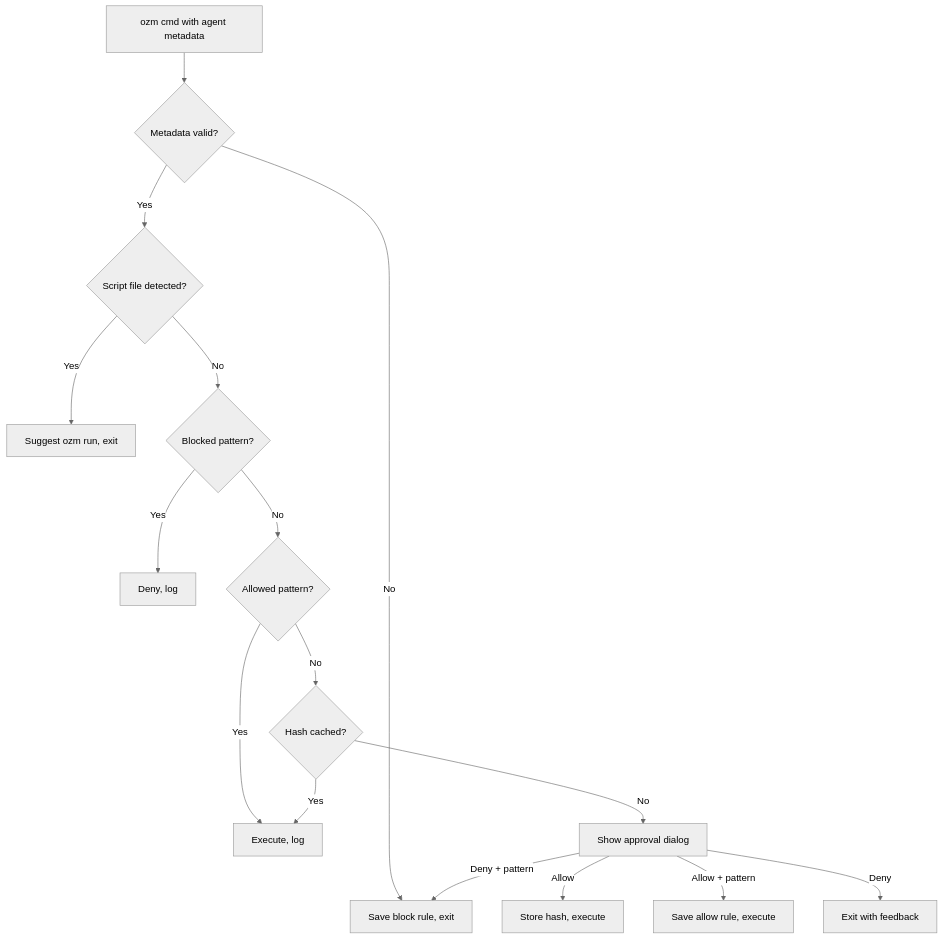
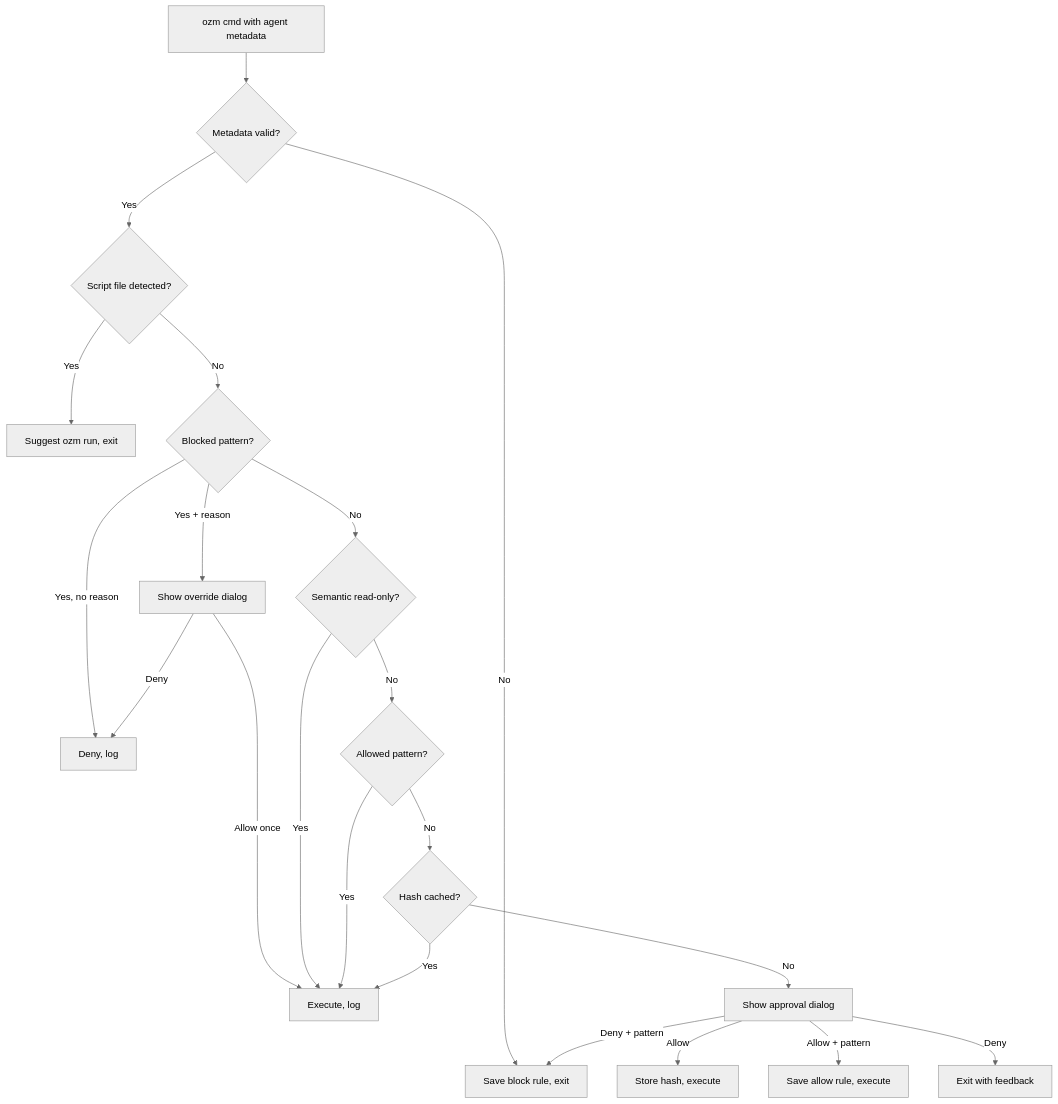
Before and after one commit to kamyar/ozm: the second of 2 diagrams in docs/commands.md, drawn with Mermaid (neutral theme). The commit also changed other lines of this file and 2 other files, not shown here.

````diff
--- a/docs/commands.md
+++ b/docs/commands.md
@@ -104,18 +108,23 @@
 ```mermaid
 flowchart TD
     A[ozm cmd with agent metadata] --> Z{Metadata valid?}
     Z -->|No| M[Reject with memory reminder]
     Z -->|Yes| B{Script file detected?}
     B -->|Yes| C[Suggest ozm run, exit]
     B -->|No| D{Blocked pattern?}
-    D -->|Yes| E[Deny, log]
-    D -->|No| F{Allowed pattern?}
-    F -->|Yes| G[Execute, log]
+    D -->|Yes, no reason| E[Deny, log]
+    D -->|Yes + reason| O[Show override dialog]
+    O -->|Allow once| G[Execute, log]
+    O -->|Deny| E
+    D -->|No| S{Semantic read-only?}
+    S -->|Yes| G
+    S -->|No| F{Allowed pattern?}
+    F -->|Yes| G
     F -->|No| H{Hash cached?}
     H -->|Yes| G
     H -->|No| I[Show approval dialog]
     I -->|Allow| J[Store hash, execute]
     I -->|Allow + pattern| K[Save allow rule, execute]
     I -->|Deny + pattern| M[Save block rule, exit]
     I -->|Deny| L[Exit with feedback]
 ```
````
